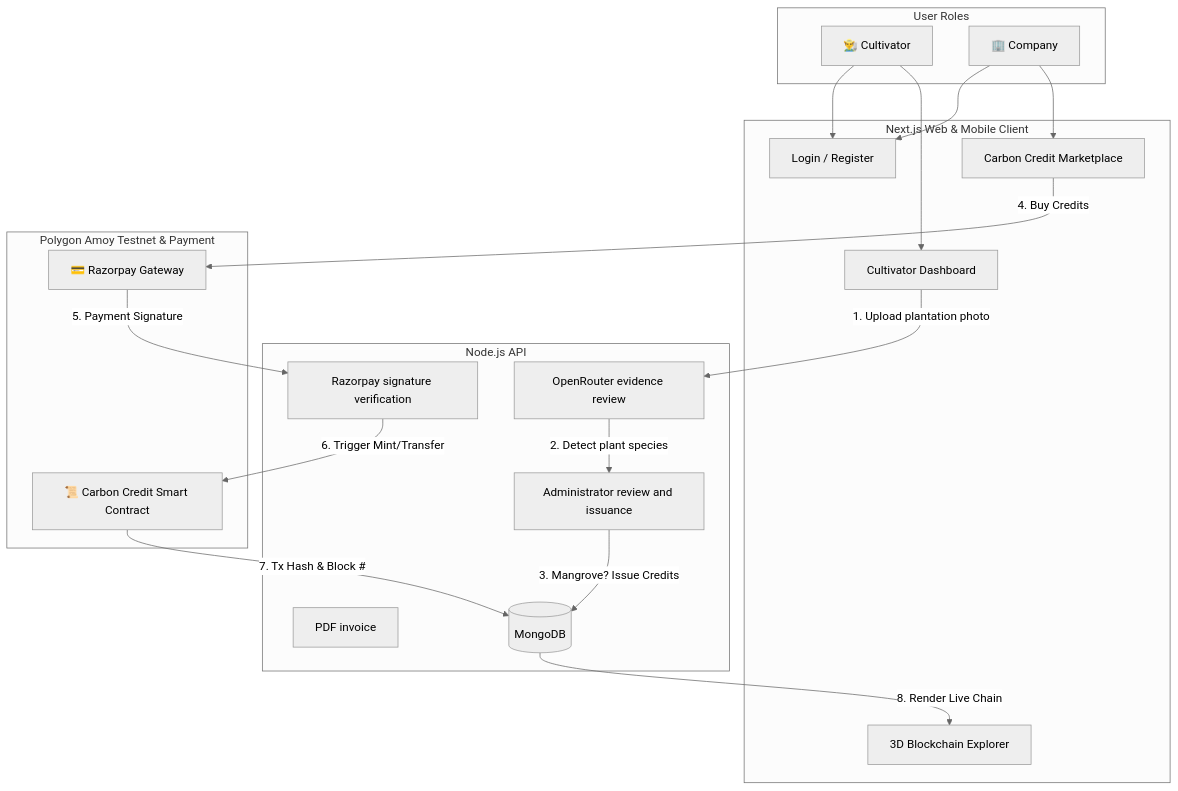
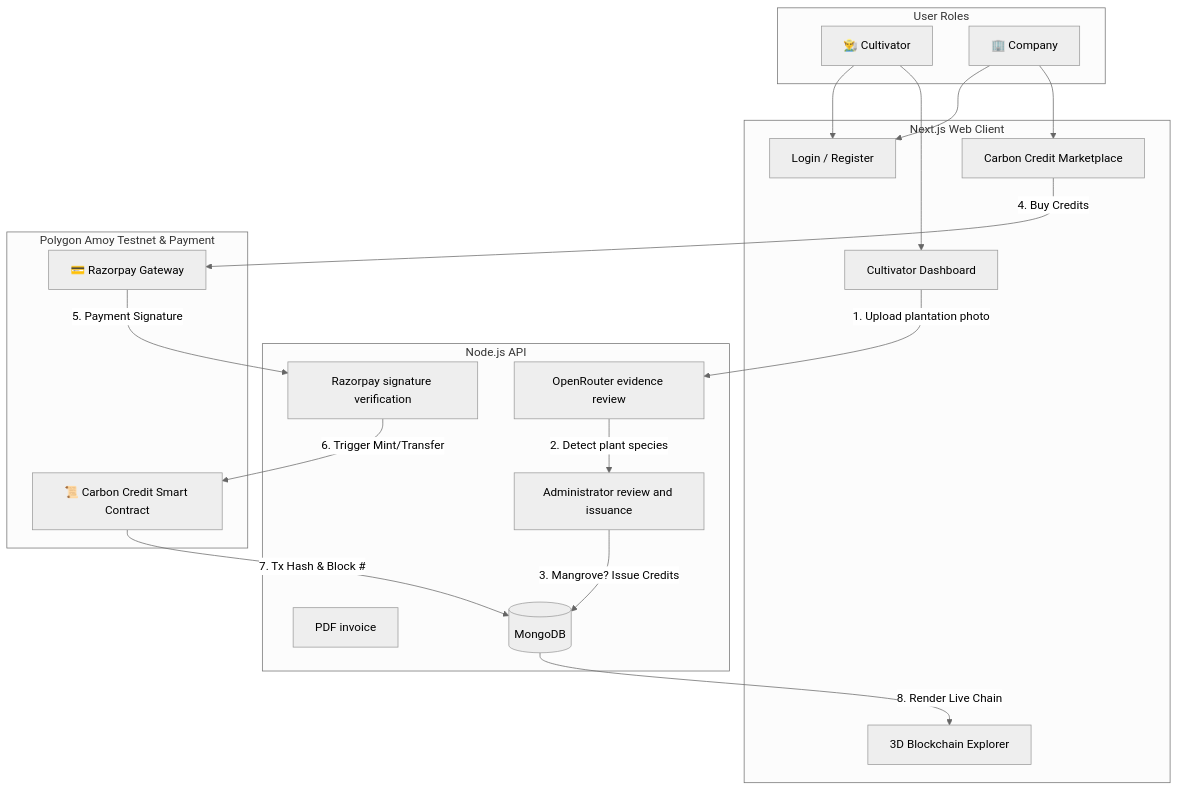
One commit to RohitGuddin/CarbonChain-DeCarbon-byQuantumNodes changed the first of 3 diagrams in README.md. Above: the diagram before and after it, drawn with Mermaid (neutral theme). The commit also changed other lines of this file and 16 other files, not shown here.

````diff
--- a/README.md
+++ b/README.md
@@ -325,42 +299,42 @@
 ```mermaid
 flowchart TD
     subgraph Users ["User Roles"]
         Cultivator["👨‍🌾 Cultivator"]
         Company["🏢 Company"]
     end
 
-    subgraph Frontend ["Next.js Web & Mobile Client"]
+    subgraph Frontend ["Next.js Web Client"]
         AuthUI["Login / Register"]
         CultDashboard["Cultivator Dashboard"]
         MarketplaceUI["Carbon Credit Marketplace"]
         ExplorerUI["3D Blockchain Explorer"]
     end
 
     subgraph Backend ["Node.js API"]
         AIModule["OpenRouter evidence review"]
         AutoApproval["Administrator review and issuance"]
         PaymentVerifier["Razorpay signature verification"]
         PDFGen["PDF invoice"]
         DB[(MongoDB)]
     end
 
     subgraph Blockchain ["Polygon Amoy Testnet & Payment"]
         Razorpay["💳 Razorpay Gateway"]
         AmoyContract["📜 Carbon Credit Smart Contract"]
     end
 
     Cultivator --> AuthUI
     Company --> AuthUI
     
     Cultivator --> CultDashboard
     CultDashboard -->|1. Upload plantation photo| AIModule
     AIModule -->|2. Detect plant species| AutoApproval
     AutoApproval -->|3. Mangrove? Issue Credits| DB
     
     Company --> MarketplaceUI
     MarketplaceUI -->|4. Buy Credits| Razorpay
     Razorpay -->|5. Payment Signature| PaymentVerifier
     PaymentVerifier -->|6. Trigger Mint/Transfer| AmoyContract
     AmoyContract -->|7. Tx Hash & Block #| DB
     DB -->|8. Render Live Chain| ExplorerUI
 ```
````
